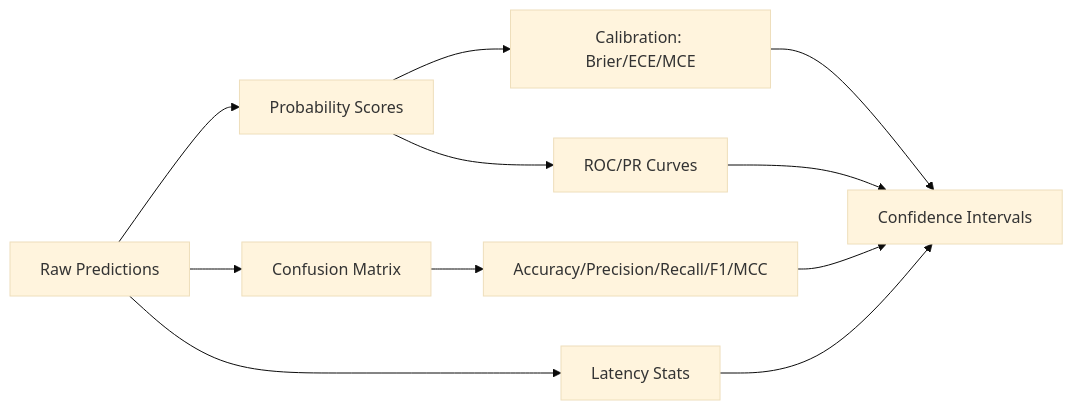
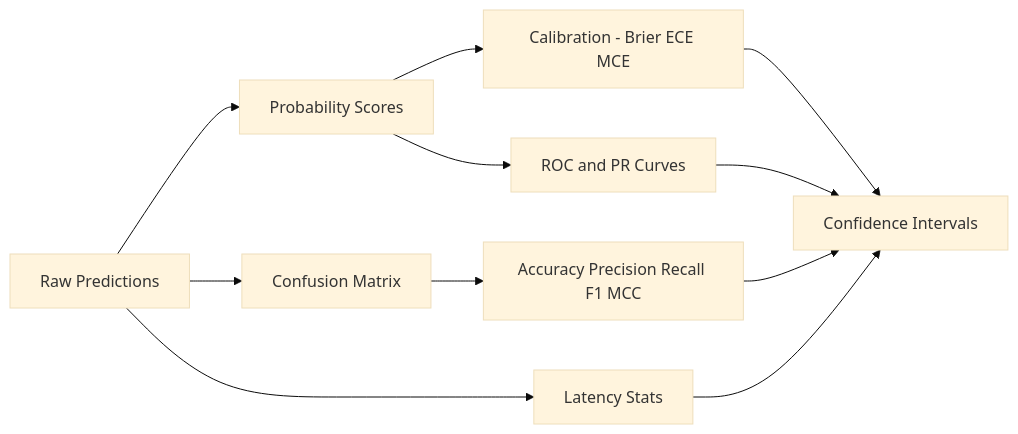
One commit to shiftbloom-studio/open-hallucination-index changed the second of 2 diagrams in src/benchmark/README.md. Above: the diagram before and after it, drawn with Mermaid (base theme). The commit also changed other lines of this file and 2 other files, not shown here.

Commit message:
feat: Improve readability of flowcharts in documentation by enhancing labels and descriptions

````diff
--- a/src/benchmark/README.md
+++ b/src/benchmark/README.md
@@ -31,13 +31,13 @@
 ```mermaid
 flowchart LR
   A[Raw Predictions] --> B[Confusion Matrix]
   A --> C[Probability Scores]
-  C --> D[Calibration: Brier/ECE/MCE]
-  C --> E[ROC/PR Curves]
+  C --> D["Calibration - Brier ECE MCE"]
+  C --> E["ROC and PR Curves"]
   A --> F[Latency Stats]
-  B --> G[Accuracy/Precision/Recall/F1/MCC]
+  B --> G["Accuracy Precision Recall F1 MCC"]
   D --> H[Confidence Intervals]
   E --> H
   G --> H
   F --> H
 ```
````
